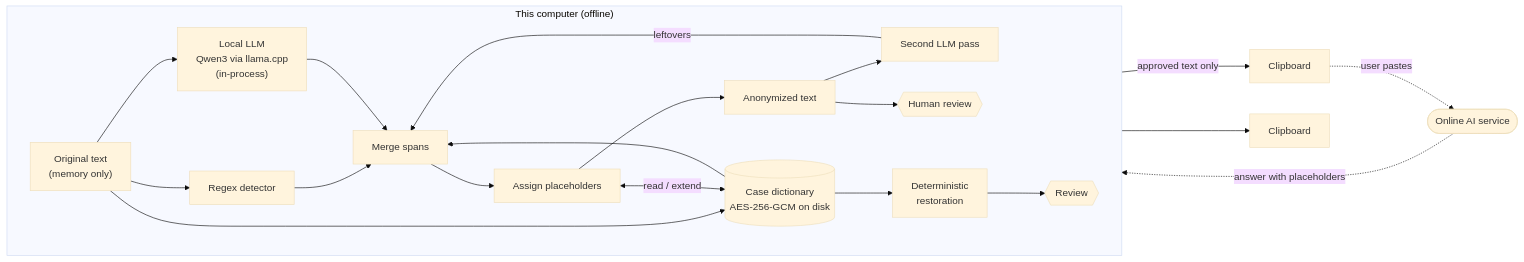
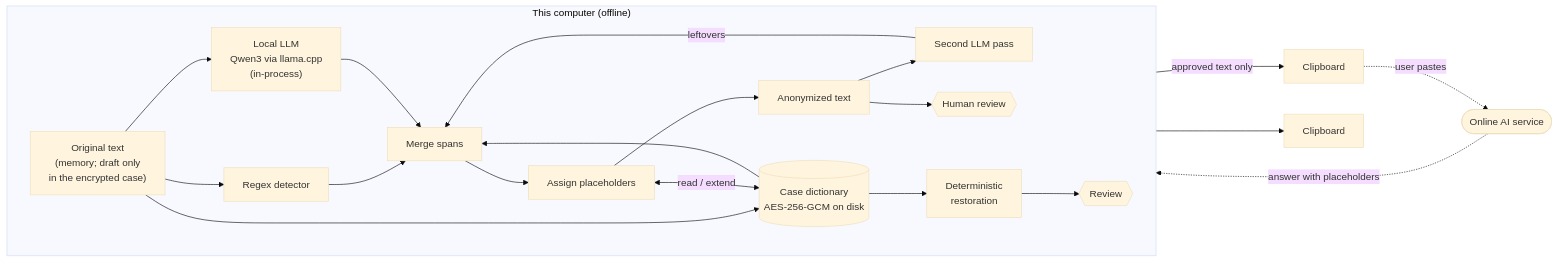
The diagram in docs/privacy-architecture.md (mristin/hajde-ano), drawn with Mermaid (base theme) before and after one commit. The commit also changed other lines of this file and 41 other files, not shown here.

````diff
--- a/docs/privacy-architecture.md
+++ b/docs/privacy-architecture.md
@@ -7,32 +7,32 @@
 ```mermaid
 flowchart LR
     subgraph local["This computer (offline)"]
         direction LR
-        orig["Original text<br/>(memory only)"]
+        orig["Original text<br/>(memory; draft only<br/>in the encrypted case)"]
         regex["Regex detector"]
         llm["Local LLM<br/>Qwen3 via llama.cpp<br/>(in-process)"]
         dict[("Case dictionary<br/>AES-256-GCM on disk")]
         merge["Merge spans"]
         ph["Assign placeholders"]
         anon["Anonymized text"]
         second["Second LLM pass"]
         review{{"Human review"}}
         restore["Deterministic<br/>restoration"]
         review2{{"Review"}}
 
         orig --> regex & llm & dict
         regex --> merge
         llm --> merge
         dict --> merge
         merge --> ph --> anon
         anon --> second -->|leftovers| merge
         ph <-->|read / extend| dict
         anon --> review
         dict --> restore --> review2
     end
 
     review -->|approved text only| cb1["Clipboard"]
     cb1 -.->|user pastes| ai(["Online AI service"])
     ai -.->|answer with placeholders| restore
     review2 --> cb2["Clipboard"]
 ```
````
